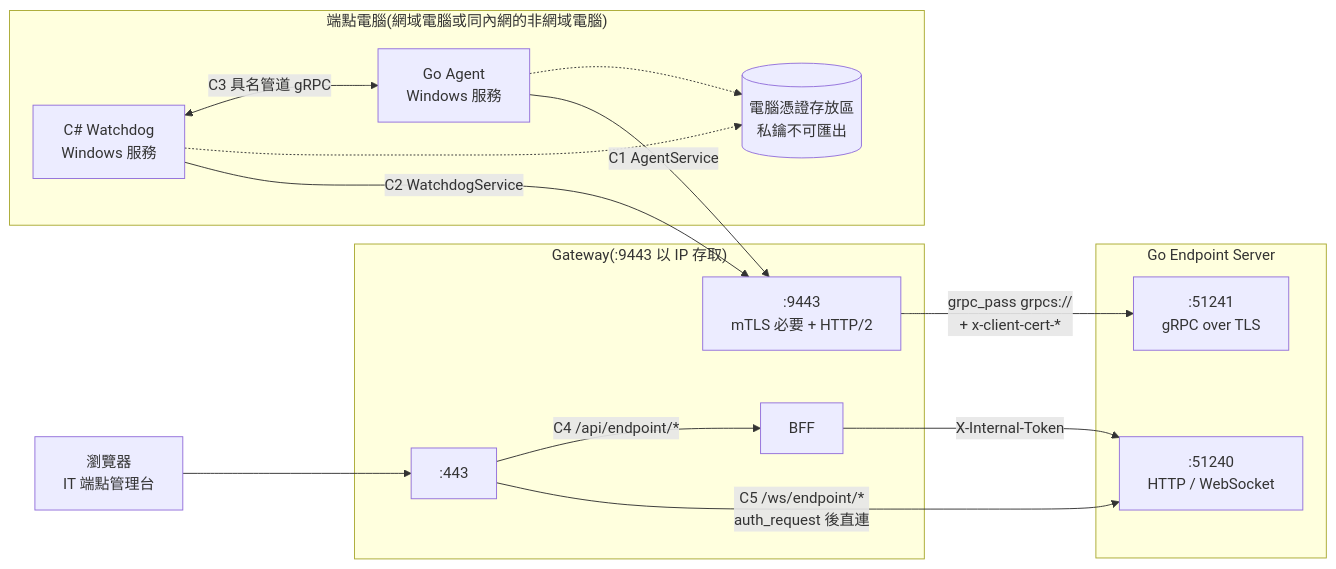
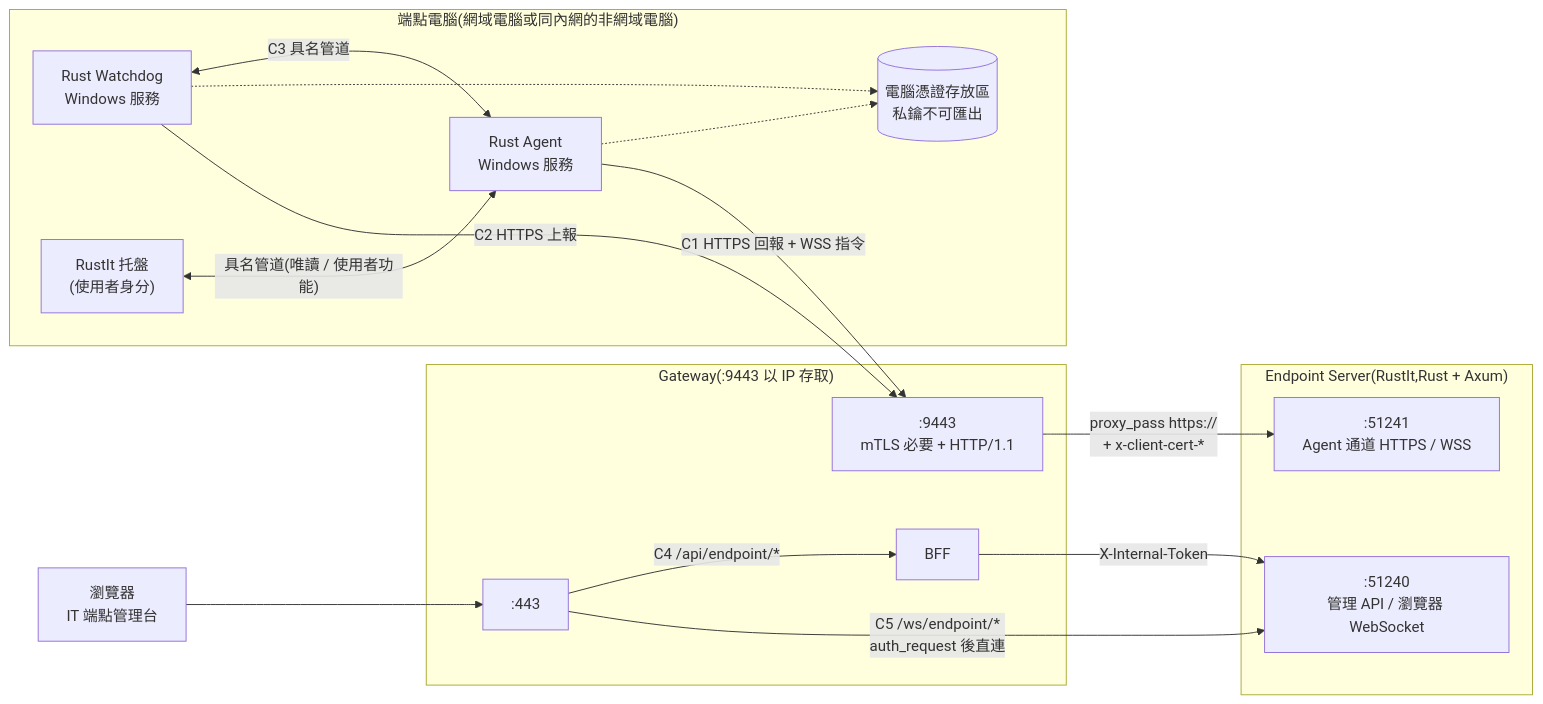
The first of 3 diagrams in docs/ENDPOINT-AGENT-GUIDE.md (WeiWeicode/giga-api-gateway-bff), drawn with Mermaid before and after one commit. The commit also changed other lines of this file and 15 other files, not shown here.

First line of the commit message:
docs: Agent 改 Rust + WebSocket、時程以甘特圖為準(PRD v0.9)

````diff
--- a/docs/ENDPOINT-AGENT-GUIDE.md
+++ b/docs/ENDPOINT-AGENT-GUIDE.md
@@ -26,31 +34,33 @@
 ```mermaid
 flowchart LR
     subgraph PC ["端點電腦(網域電腦或同內網的非網域電腦)"]
-        AG["Go Agent<br/>Windows 服務"]
-        WD["C# Watchdog<br/>Windows 服務"]
+        AG["Rust Agent<br/>Windows 服務"]
+        WD["Rust Watchdog<br/>Windows 服務"]
+        TR["RustIt 托盤<br/>(使用者身分)"]
         CS[("電腦憑證存放區<br/>私鑰不可匯出")]
-        WD <-->|"C3 具名管道 gRPC"| AG
+        WD <-->|"C3 具名管道"| AG
+        TR <-->|"具名管道(唯讀 / 使用者功能)"| AG
         AG -.-> CS
         WD -.-> CS
     end
 
     subgraph GW ["Gateway(:9443 以 IP 存取)"]
-        N9[":9443<br/>mTLS 必要 + HTTP/2"]
+        N9[":9443<br/>mTLS 必要 + HTTP/1.1"]
         N4[":443"]
         BFF["BFF"]
     end
 
-    subgraph EPS ["Go Endpoint Server"]
-        G[":51241<br/>gRPC over TLS"]
-        H[":51240<br/>HTTP / WebSocket"]
+    subgraph EPS ["Endpoint Server(RustIt,Rust + Axum)"]
+        G[":51241<br/>Agent 通道 HTTPS / WSS"]
+        H[":51240<br/>管理 API / 瀏覽器 WebSocket"]
     end
 
     B["瀏覽器<br/>IT 端點管理台"]
 
-    AG -->|"C1 AgentService"| N9
-    WD -->|"C2 WatchdogService"| N9
-    N9 -->|"grpc_pass grpcs://<br/>+ x-client-cert-*"| G
+    AG -->|"C1 HTTPS 回報 + WSS 指令"| N9
+    WD -->|"C2 HTTPS 上報"| N9
+    N9 -->|"proxy_pass https://<br/>+ x-client-cert-*"| G
     B --> N4
     N4 -->|"C4 /api/endpoint/*"| BFF -->|"X-Internal-Token"| H
     N4 -->|"C5 /ws/endpoint/*<br/>auth_request 後直連"| H
 ```
````
